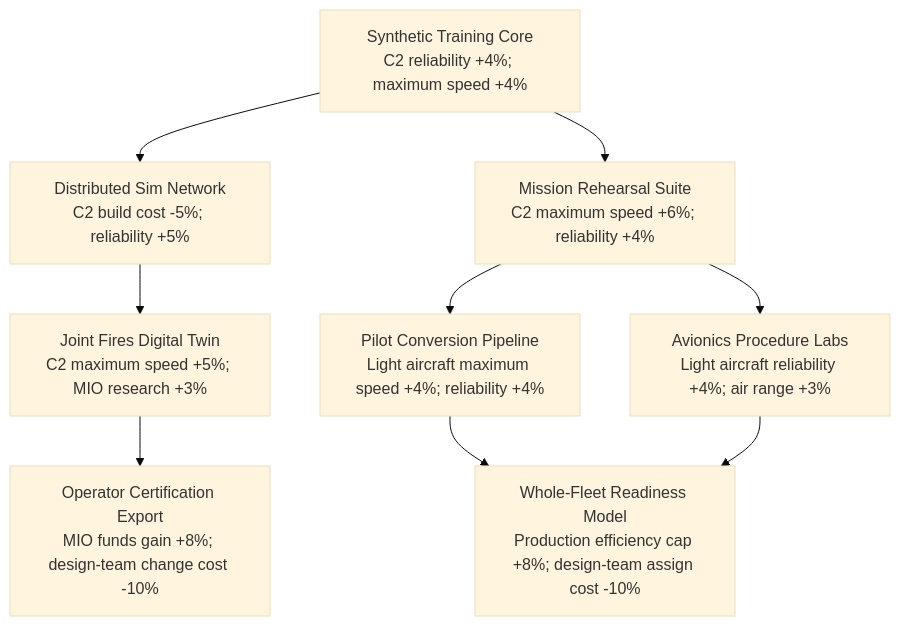
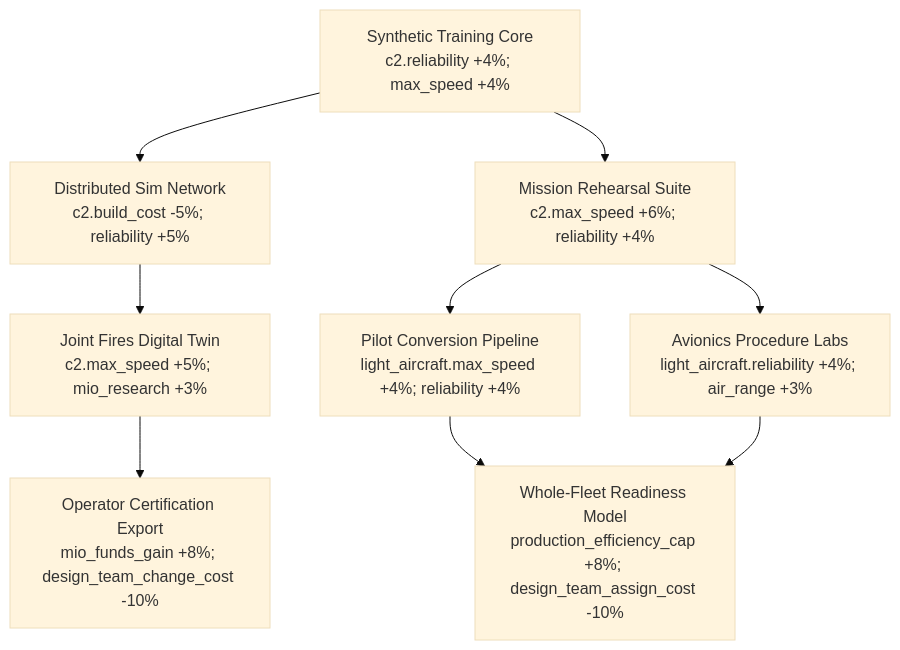
One commit to MillenniumDawn/Millennium-Dawn changed the fourth of 9 diagrams in docs/countries/canada/mio.md. Above: the diagram before and after it, drawn with Mermaid (base theme). The commit also changed other lines of this file, not shown here.

Commit message:
MIO cleanup

````diff
--- a/docs/countries/canada/mio.md
+++ b/docs/countries/canada/mio.md
@@ -165,20 +164,20 @@
 ```mermaid
 flowchart TD
-    C0["Synthetic Training Core<br/>C2 reliability +4%; maximum speed +4%"]
-    C1["Distributed Sim Network<br/>C2 build cost -5%; reliability +5%"]
-    C2["Mission Rehearsal Suite<br/>C2 maximum speed +6%; reliability +4%"]
-    C3["Avionics Procedure Labs<br/>Light aircraft reliability +4%; air range +3%"]
-    C4["Joint Fires Digital Twin<br/>C2 maximum speed +5%; MIO research +3%"]
-    C5["Pilot Conversion Pipeline<br/>Light aircraft maximum speed +4%; reliability +4%"]
-    C6["Operator Certification Export<br/>MIO funds gain +8%; design-team change cost -10%"]
-    C7["Whole-Fleet Readiness Model<br/>Production efficiency cap +8%; design-team assign cost -10%"]
+    C0["Synthetic Training Core<br/>c2.reliability +4%; max_speed +4%"]
+    C1["Distributed Sim Network<br/>c2.build_cost -5%; reliability +5%"]
+    C2["Mission Rehearsal Suite<br/>c2.max_speed +6%; reliability +4%"]
+    C3["Avionics Procedure Labs<br/>light_aircraft.reliability +4%; air_range +3%"]
+    C4["Joint Fires Digital Twin<br/>c2.max_speed +5%; mio_research +3%"]
+    C5["Pilot Conversion Pipeline<br/>light_aircraft.max_speed +4%; reliability +4%"]
+    C6["Operator Certification Export<br/>mio_funds_gain +8%; design_team_change_cost -10%"]
+    C7["Whole-Fleet Readiness Model<br/>production_efficiency_cap +8%; design_team_assign_cost -10%"]
 
     C0 --> C1
     C0 --> C2
     C1 --> C4
     C2 --> C5
     C2 --> C3
     C4 --> C6
     C5 --> C7
     C3 --> C7
 ```
````
